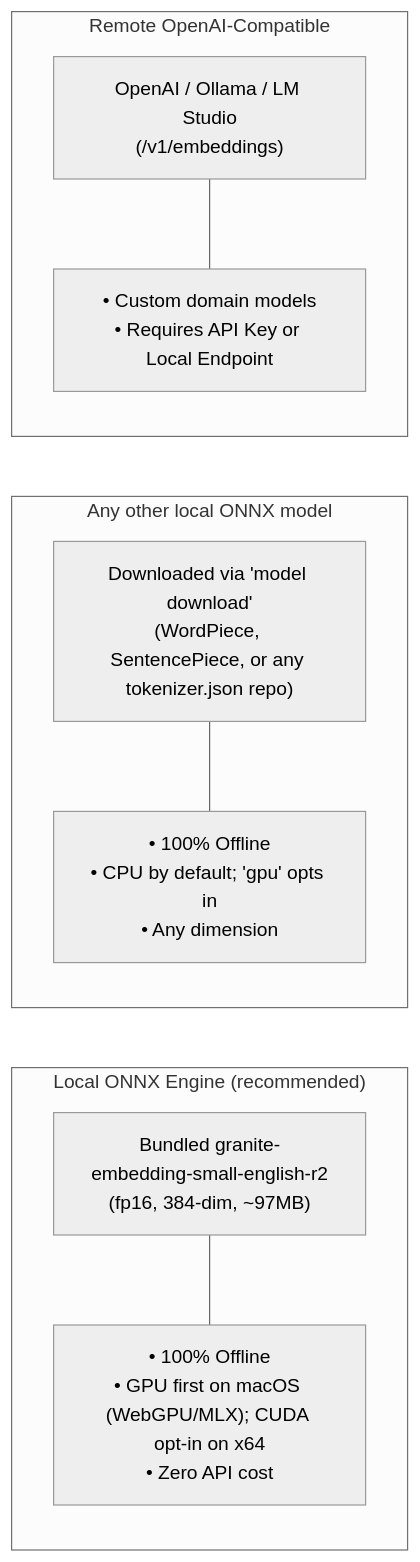
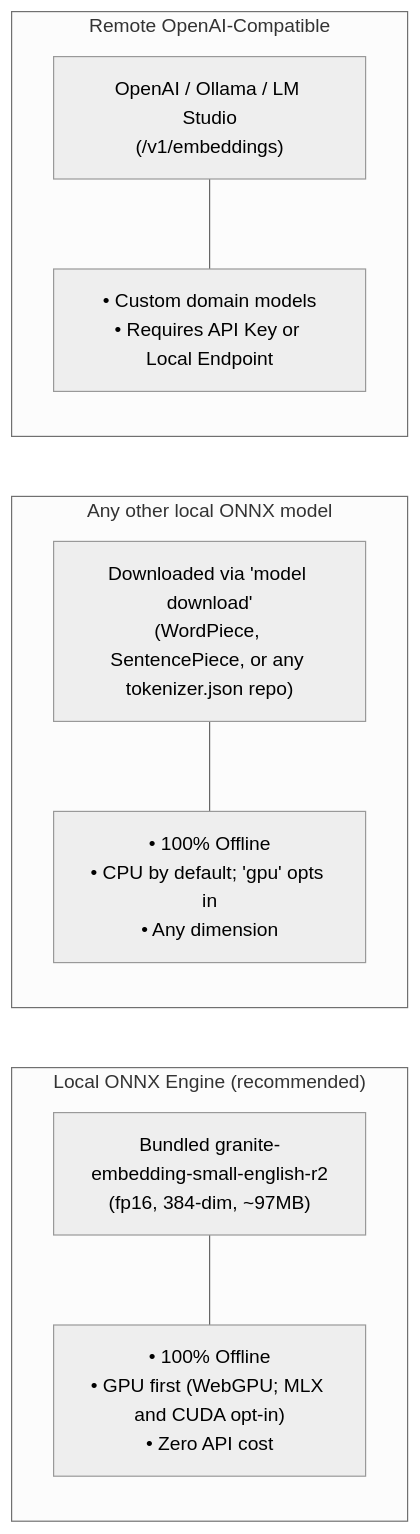
Before and after one commit to Arasz/ai-raccoon: the first of 2 diagrams in docs/how-to/configure-embedding-engines.md, drawn with Mermaid (neutral theme). The commit also changed other lines of this file and 21 other files, not shown here.

First line of the commit message:
feat(embedding): bundle ONNX Runtime's WebGPU core for Windows and Linux x64 (1.52.0, ADR-0115) (#750)

````diff
--- a/docs/how-to/configure-embedding-engines.md
+++ b/docs/how-to/configure-embedding-engines.md
@@ -16,21 +16,21 @@
 ```mermaid
 graph LR
     subgraph Local ["Local ONNX Engine (recommended)"]
         ONNX["Bundled granite-embedding-small-english-r2\n(fp16, 384-dim, ~97MB)"]
-        L_Prop["• 100% Offline\n• GPU first on macOS (WebGPU/MLX); CUDA opt-in on x64\n• Zero API cost"]
+        L_Prop["• 100% Offline\n• GPU first (WebGPU; MLX and CUDA opt-in)\n• Zero API cost"]
     end
 
     subgraph LocalOther ["Any other local ONNX model"]
         Other["Downloaded via 'model download'\n(WordPiece, SentencePiece, or any tokenizer.json repo)"]
         O_Prop["• 100% Offline\n• CPU by default; 'gpu' opts in\n• Any dimension"]
     end
 
     subgraph Remote ["Remote OpenAI-Compatible"]
         OpenAI["OpenAI / Ollama / LM Studio\n(/v1/embeddings)"]
         R_Prop["• Custom domain models\n• Requires API Key or Local Endpoint"]
     end
 
     ONNX --- L_Prop
     Other --- O_Prop
     OpenAI --- R_Prop
 ```
````
